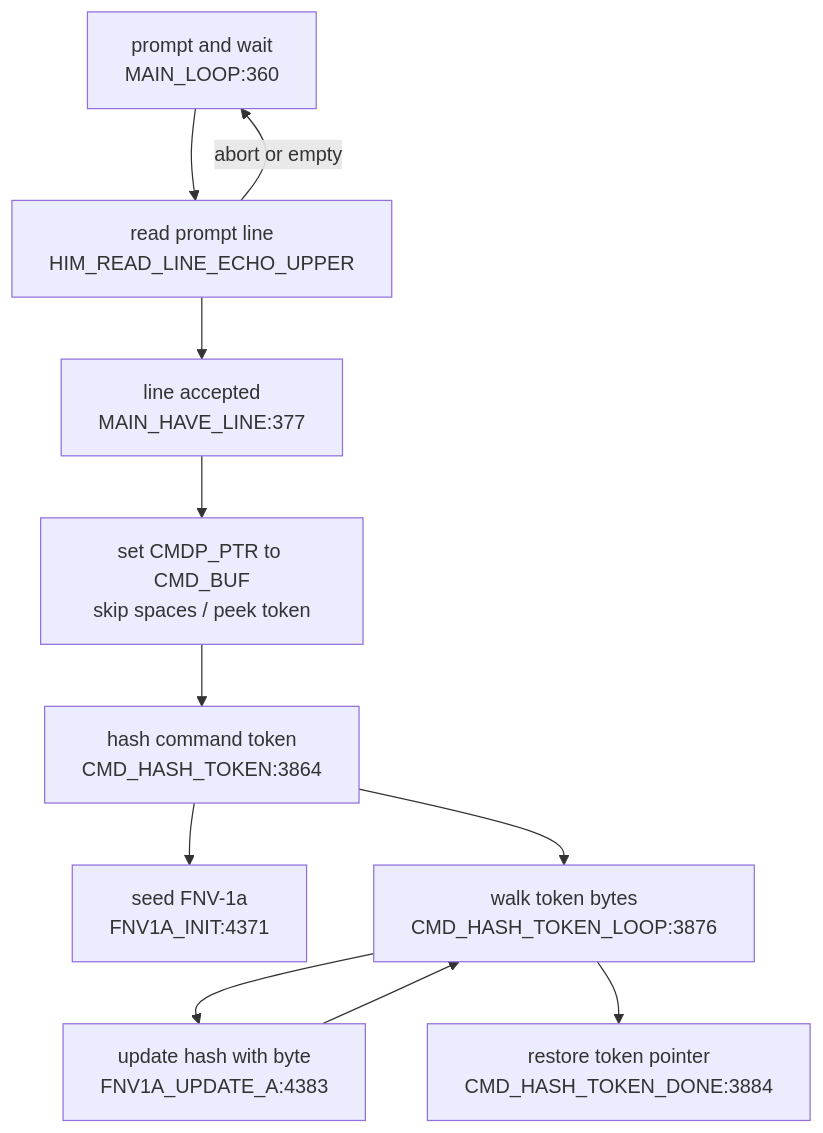
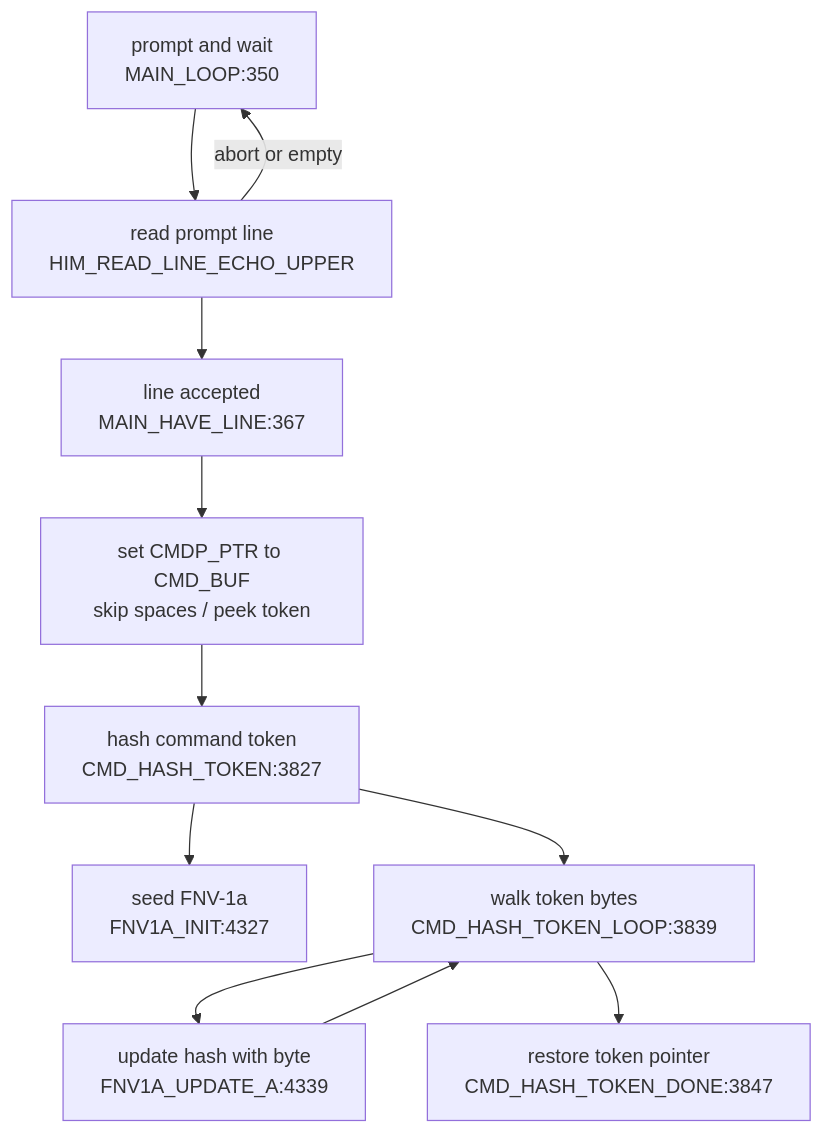
The second of 4 diagrams in DOC/GENERATED/CMD_FLOW_MAP.md (95westus/R-YORS), drawn with Mermaid before and after one commit. The commit also changed other lines of this file and 53 other files, not shown here.

````diff
--- a/DOC/GENERATED/CMD_FLOW_MAP.md
+++ b/DOC/GENERATED/CMD_FLOW_MAP.md
@@ -24,13 +24,13 @@
 ```mermaid
 flowchart TD
-    LOOP["prompt and wait<br/>MAIN_LOOP:360"] --> READ["read prompt line<br/>HIM_READ_LINE_ECHO_UPPER"]
-    READ --> HAVE["line accepted<br/>MAIN_HAVE_LINE:377"]
+    LOOP["prompt and wait<br/>MAIN_LOOP:350"] --> READ["read prompt line<br/>HIM_READ_LINE_ECHO_UPPER"]
+    READ --> HAVE["line accepted<br/>MAIN_HAVE_LINE:367"]
     READ -->|abort or empty| LOOP
     HAVE --> PREP["set CMDP_PTR to CMD_BUF<br/>skip spaces / peek token"]
-    PREP --> HASH["hash command token<br/>CMD_HASH_TOKEN:3864"]
-    HASH --> FNVINIT["seed FNV-1a<br/>FNV1A_INIT:4371"]
-    HASH --> HASHLOOP["walk token bytes<br/>CMD_HASH_TOKEN_LOOP:3876"]
-    HASHLOOP --> UPDATE["update hash with byte<br/>FNV1A_UPDATE_A:4383"]
+    PREP --> HASH["hash command token<br/>CMD_HASH_TOKEN:3827"]
+    HASH --> FNVINIT["seed FNV-1a<br/>FNV1A_INIT:4327"]
+    HASH --> HASHLOOP["walk token bytes<br/>CMD_HASH_TOKEN_LOOP:3839"]
+    HASHLOOP --> UPDATE["update hash with byte<br/>FNV1A_UPDATE_A:4339"]
     UPDATE --> HASHLOOP
-    HASHLOOP --> DONE["restore token pointer<br/>CMD_HASH_TOKEN_DONE:3884"]
+    HASHLOOP --> DONE["restore token pointer<br/>CMD_HASH_TOKEN_DONE:3847"]
 ```
````
